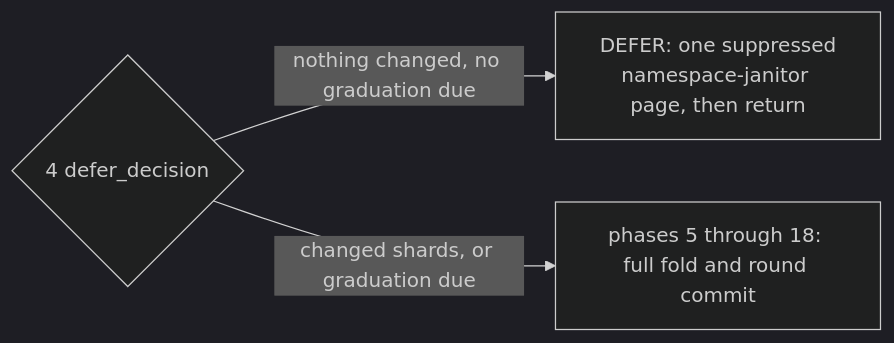
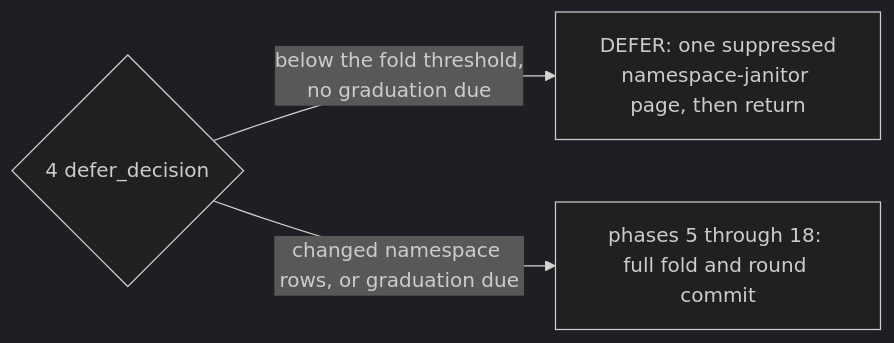
The first of 3 diagrams in docs/en/antalya/cas/architecture/garbage-collection.md (Altinity/ClickHouse), drawn with Mermaid (dark theme) before and after one commit. The commit also changed other lines of this file and 6 other files, not shown here.

````diff
--- a/docs/en/antalya/cas/architecture/garbage-collection.md
+++ b/docs/en/antalya/cas/architecture/garbage-collection.md
@@ -94,5 +71,5 @@
 ```mermaid
 flowchart LR
-    D4{"4 defer_decision"} -->|"nothing changed, no graduation due"| DEF["DEFER: one suppressed<br/>namespace-janitor page, then return"]
-    D4 -->|"changed shards, or graduation due"| FOLD["phases 5 through 18: full fold and round commit"]
+    D4{"4 defer_decision"} -->|"below the fold threshold,<br/>no graduation due"| DEF["DEFER: one suppressed<br/>namespace-janitor page, then return"]
+    D4 -->|"changed namespace rows, or graduation due"| FOLD["phases 5 through 18: full fold and round commit"]
 ```
````
